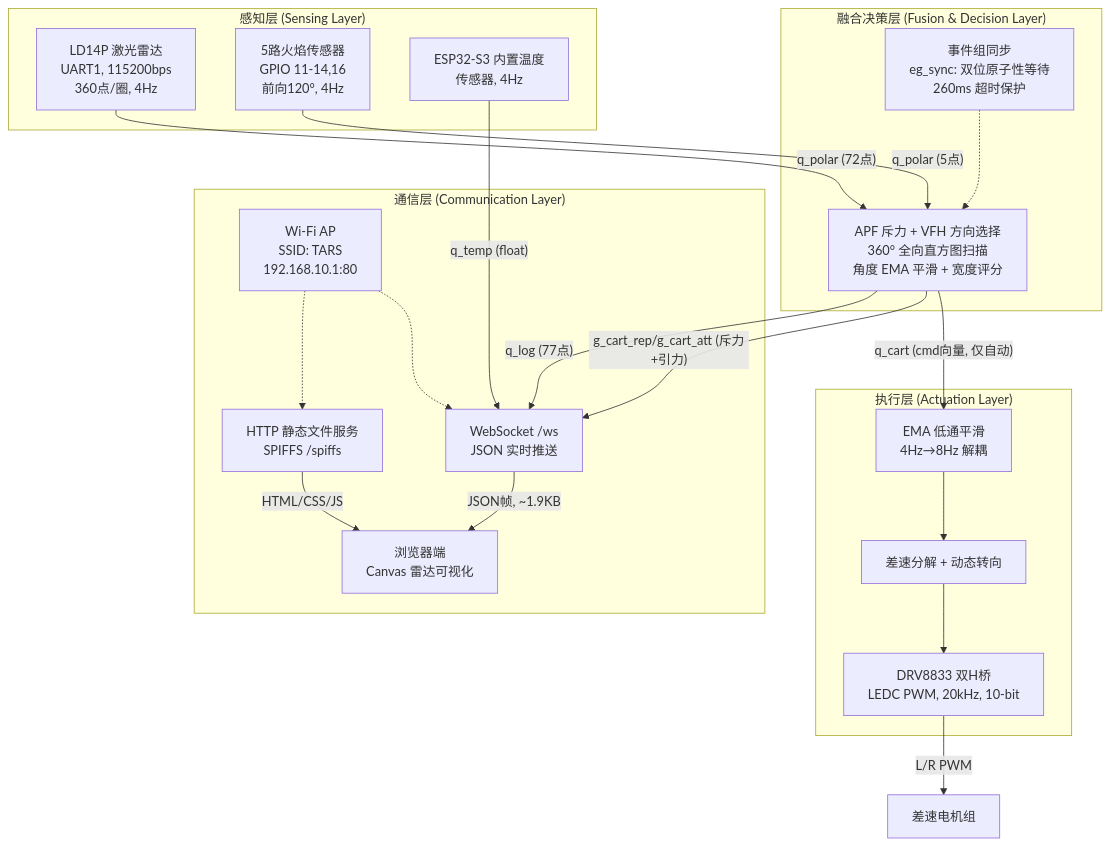
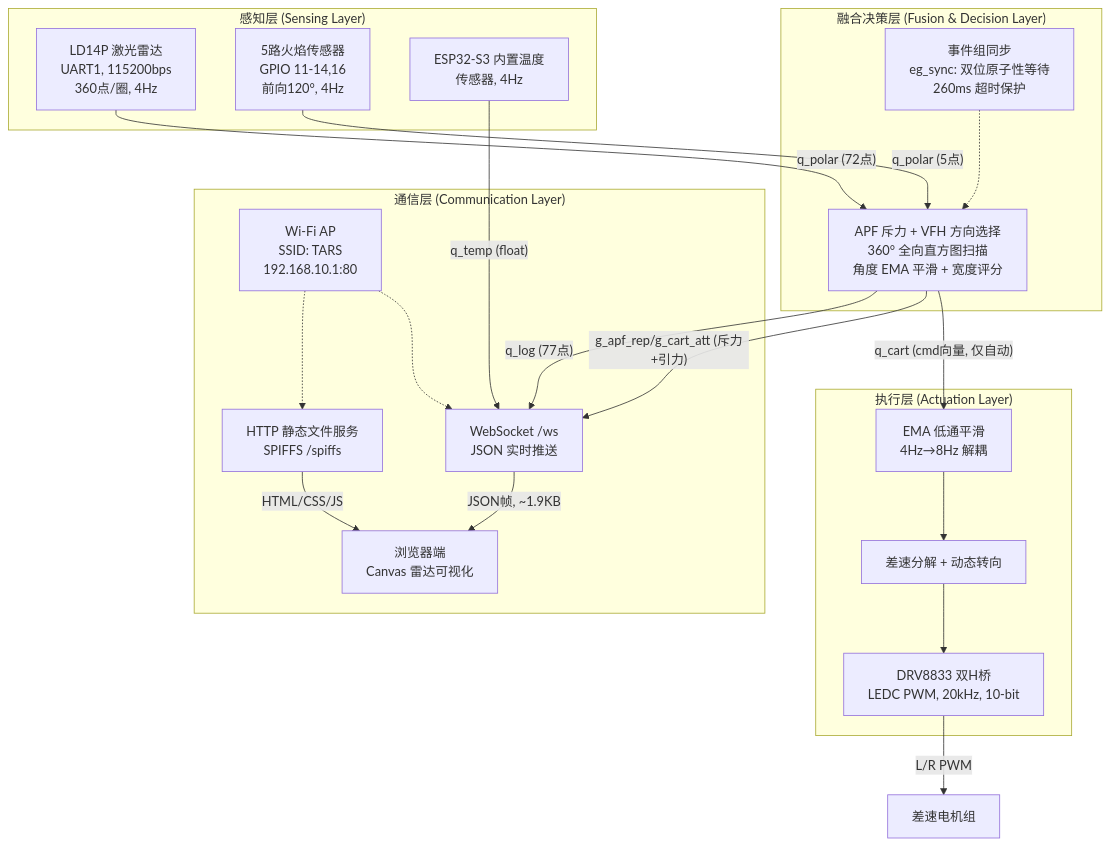
The first of 2 diagrams in README.md (axwhizee/TARS), drawn with Mermaid before and after one commit. The commit also changed other lines of this file and 8 other files, not shown here.

````diff
--- a/README.md
+++ b/README.md
@@ -89,41 +89,41 @@
 ```mermaid
 graph TB
     subgraph Sensing["感知层 (Sensing Layer)"]
         LIDAR["LD14P 激光雷达<br/>UART1, 115200bps<br/>360点/圈, 4Hz"]
         FLAME["5路火焰传感器<br/>GPIO 11-14,16<br/>前向120°, 4Hz"]
         TEMP["ESP32-S3 内置温度<br/>传感器, 4Hz"]
     end
 
     subgraph Fusion["融合决策层 (Fusion & Decision Layer)"]
         APF["APF 斥力 + VFH 方向选择<br/>360° 全向直方图扫描<br/>角度 EMA 平滑 + 宽度评分"]
         SYNC["事件组同步<br/>eg_sync: 双位原子性等待<br/>260ms 超时保护"]
     end
 
     subgraph Actuation["执行层 (Actuation Layer)"]
         EMA["EMA 低通平滑<br/>4Hz→8Hz 解耦"]
         DIFF["差速分解 + 动态转向"]
         PWM["DRV8833 双H桥<br/>LEDC PWM, 20kHz, 10-bit"]
     end
 
     subgraph Comm["通信层 (Communication Layer)"]
         AP["Wi-Fi AP<br/>SSID: TARS<br/>192.168.10.1:80"]
         WS["WebSocket /ws<br/>JSON 实时推送"]
         HTTP["HTTP 静态文件服务<br/>SPIFFS /spiffs"]
         BROWSER["浏览器端<br/>Canvas 雷达可视化"]
     end
 
     LIDAR -->|"q_polar (72点)"| APF
     FLAME -->|"q_polar (5点)"| APF
     TEMP -->|"q_temp (float)"| WS
     APF -->|"q_cart (cmd向量, 仅自动)"| EMA
-    APF -->|"g_cart_rep/g_cart_att (斥力+引力)"| WS
+    APF -->|"g_apf_rep/g_cart_att (斥力+引力)"| WS
     APF -->|"q_log (77点)"| WS
     SYNC -.-> APF
     EMA --> DIFF
     DIFF --> PWM
     PWM -->|"L/R PWM"| MOTOR["差速电机组"]
     WS -->|"JSON帧, ~1.9KB"| BROWSER
     HTTP -->|"HTML/CSS/JS"| BROWSER
     AP -.-> WS
     AP -.-> HTTP
 ```
````
